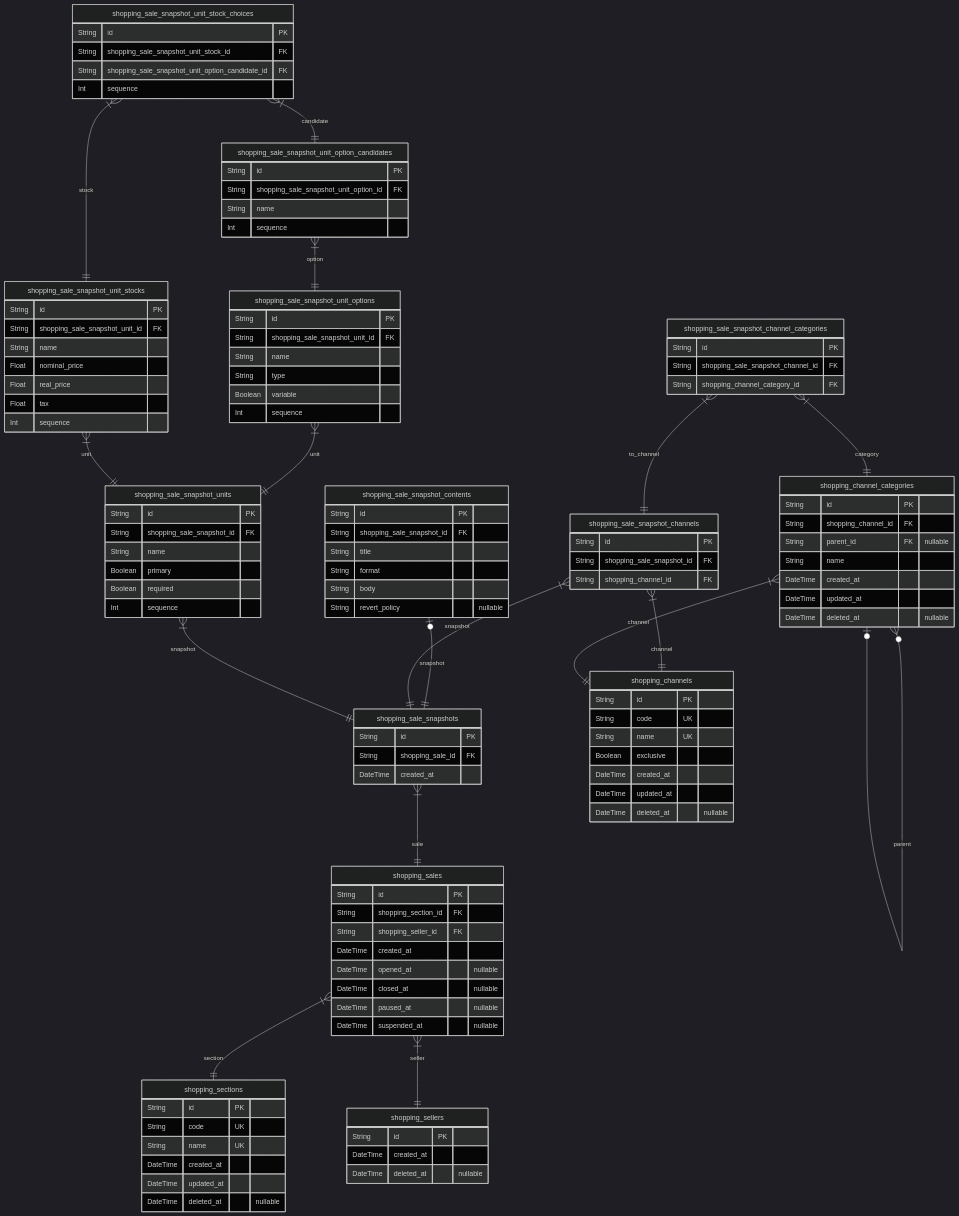
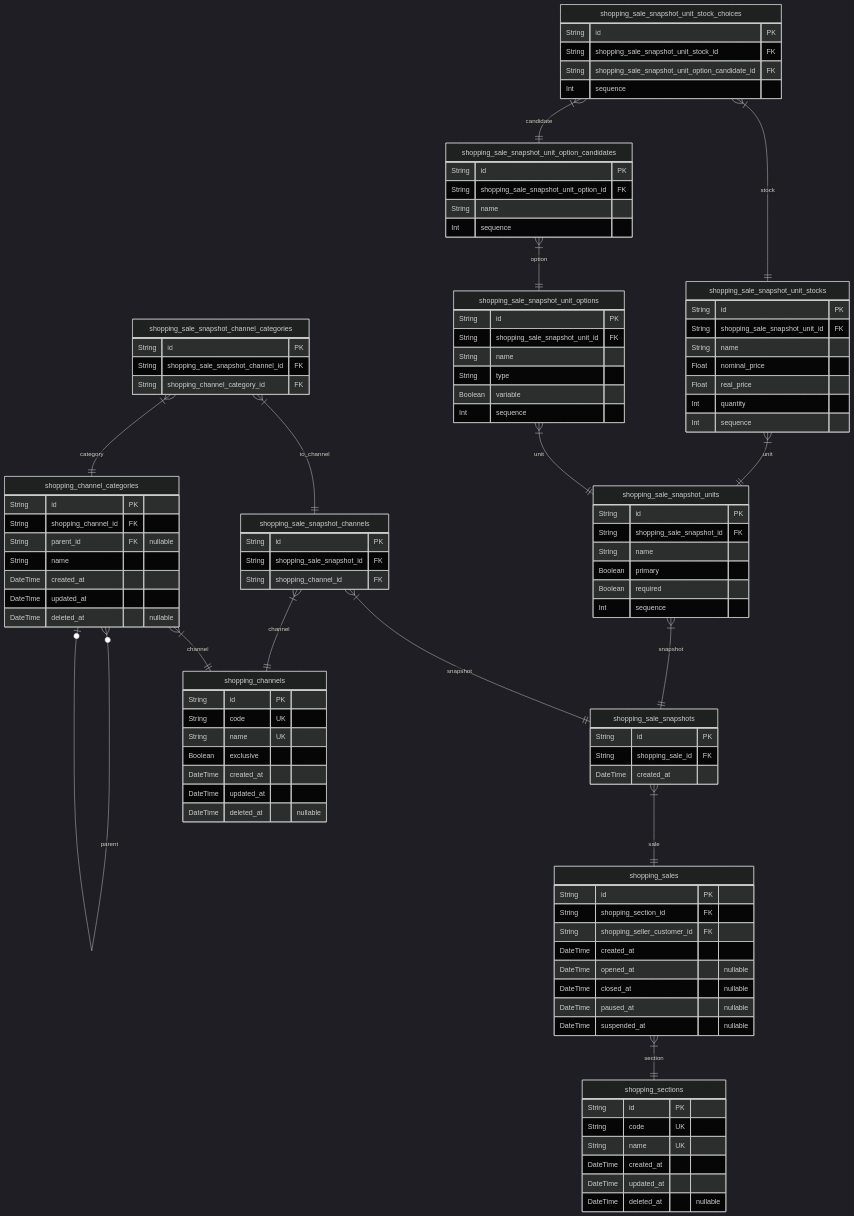
The fourth of 10 diagrams in docs/ERD.md (samchon/shopping-backend), drawn with Mermaid (dark theme) before and after one commit. The commit also changed other lines of this file and 27 other files, not shown here.

First line of the commit message:
Revise ERD and starts writing descriptions on DTO.

````diff
--- a/docs/ERD.md
+++ b/docs/ERD.md
@@ -703,39 +719,31 @@
 ```mermaid
 erDiagram
-shopping_sales {
+"shopping_sales" {
     String id PK
     String shopping_section_id FK
-    String shopping_seller_id FK
+    String shopping_seller_customer_id FK
     DateTime created_at
     DateTime opened_at "nullable"
     DateTime closed_at "nullable"
     DateTime paused_at "nullable"
     DateTime suspended_at "nullable"
 }
-shopping_sale_snapshots {
+"shopping_sale_snapshots" {
     String id PK
     String shopping_sale_id FK
     DateTime created_at
 }
-shopping_sale_snapshot_contents {
-    String id PK
-    String shopping_sale_snapshot_id FK
-    String title
-    String format
-    String body
-    String revert_policy "nullable"
-}
-shopping_sale_snapshot_channels {
+"shopping_sale_snapshot_channels" {
     String id PK
     String shopping_sale_snapshot_id FK
     String shopping_channel_id FK
 }
-shopping_sale_snapshot_channel_categories {
+"shopping_sale_snapshot_channel_categories" {
     String id PK
     String shopping_sale_snapshot_channel_id FK
     String shopping_channel_category_id FK
 }
-shopping_sale_snapshot_units {
+"shopping_sale_snapshot_units" {
     String id PK
     String shopping_sale_snapshot_id FK
     String name
@@ -743,7 +751,7 @@
     Boolean required
     Int sequence
 }
-shopping_sale_snapshot_unit_options {
+"shopping_sale_snapshot_unit_options" {
     String id PK
     String shopping_sale_snapshot_unit_id FK
     String name
@@ -751,28 +759,28 @@
     Boolean variable
     Int sequence
 }
-shopping_sale_snapshot_unit_option_candidates {
+"shopping_sale_snapshot_unit_option_candidates" {
     String id PK
     String shopping_sale_snapshot_unit_option_id FK
     String name
     Int sequence
 }
-shopping_sale_snapshot_unit_stocks {
+"shopping_sale_snapshot_unit_stocks" {
     String id PK
     String shopping_sale_snapshot_unit_id FK
     String name
     Float nominal_price
     Float real_price
-    Float tax
+    Int quantity
     Int sequence
 }
-shopping_sale_snapshot_unit_stock_choices {
+"shopping_sale_snapshot_unit_stock_choices" {
     String id PK
     String shopping_sale_snapshot_unit_stock_id FK
     String shopping_sale_snapshot_unit_option_candidate_id FK
     Int sequence
 }
-shopping_channels {
+"shopping_channels" {
     String id PK
     String code UK
     String name UK
@@ -781,7 +789,7 @@
     DateTime updated_at
     DateTime deleted_at "nullable"
 }
-shopping_channel_categories {
+"shopping_channel_categories" {
     String id PK
     String shopping_channel_id FK
     String parent_id FK "nullable"
@@ -790,7 +798,7 @@
     DateTime updated_at
     DateTime deleted_at "nullable"
 }
-shopping_sections {
+"shopping_sections" {
     String id PK
     String code UK
     String name UK
@@ -798,25 +806,18 @@
     DateTime updated_at
     DateTime deleted_at "nullable"
 }
-shopping_sellers {
-    String id PK
-    DateTime created_at
-    DateTime deleted_at "nullable"
-}
-shopping_sales }|--|| shopping_sections : section
-shopping_sales }|--|| shopping_sellers : seller
-shopping_sale_snapshots }|--|| shopping_sales : sale
-shopping_sale_snapshot_contents |o--|| shopping_sale_snapshots : snapshot
-shopping_sale_snapshot_channels }|--|| shopping_sale_snapshots : snapshot
-shopping_sale_snapshot_channels }|--|| shopping_channels : channel
-shopping_sale_snapshot_channel_categories }|--|| shopping_sale_snapshot_channels : to_channel
-shopping_sale_snapshot_channel_categories }|--|| shopping_channel_categories : category
-shopping_sale_snapshot_units }|--|| shopping_sale_snapshots : snapshot
-shopping_sale_snapshot_unit_options }|--|| shopping_sale_snapshot_units : unit
-shopping_sale_snapshot_unit_option_candidates }|--|| shopping_sale_snapshot_unit_options : option
-shopping_sale_snapshot_unit_stocks }|--|| shopping_sale_snapshot_units : unit
-shopping_sale_snapshot_unit_stock_choices }|--|| shopping_sale_snapshot_unit_stocks : stock
-shopping_sale_snapshot_unit_stock_choices }|--|| shopping_sale_snapshot_unit_option_candidates : candidate
-shopping_channel_categories }|--|| shopping_channels : channel
-shopping_channel_categories }o--o| shopping_channel_categories : parent
+"shopping_sales" }|--|| "shopping_sections" : section
+"shopping_sale_snapshots" }|--|| "shopping_sales" : sale
+"shopping_sale_snapshot_channels" }|--|| "shopping_sale_snapshots" : snapshot
+"shopping_sale_snapshot_channels" }|--|| "shopping_channels" : channel
+"shopping_sale_snapshot_channel_categories" }|--|| "shopping_sale_snapshot_channels" : to_channel
+"shopping_sale_snapshot_channel_categories" }|--|| "shopping_channel_categories" : category
+"shopping_sale_snapshot_units" }|--|| "shopping_sale_snapshots" : snapshot
+"shopping_sale_snapshot_unit_options" }|--|| "shopping_sale_snapshot_units" : unit
+"shopping_sale_snapshot_unit_option_candidates" }|--|| "shopping_sale_snapshot_unit_options" : option
+"shopping_sale_snapshot_unit_stocks" }|--|| "shopping_sale_snapshot_units" : unit
+"shopping_sale_snapshot_unit_stock_choices" }|--|| "shopping_sale_snapshot_unit_stocks" : stock
+"shopping_sale_snapshot_unit_stock_choices" }|--|| "shopping_sale_snapshot_unit_option_candidates" : candidate
+"shopping_channel_categories" }|--|| "shopping_channels" : channel
+"shopping_channel_categories" }o--o| "shopping_channel_categories" : parent
 ```
````
